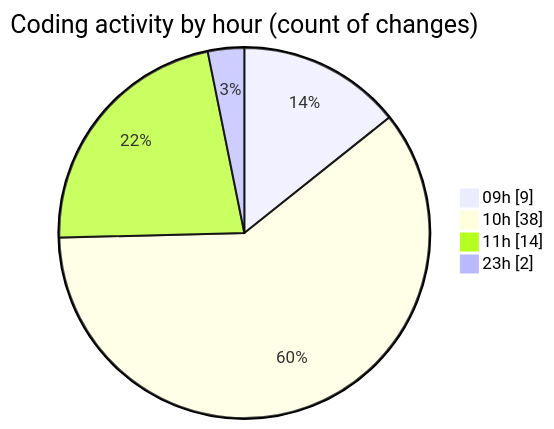
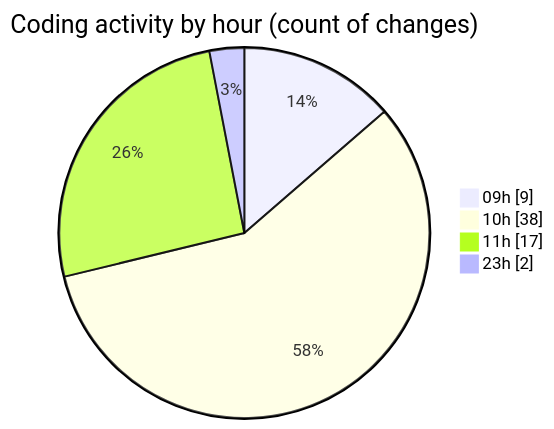
Before and after one commit to Elitesun/code-tracking: the second of 2 diagrams in 2025-05-19/niten/README.md, drawn with Mermaid. The commit also changed other lines of this file and 1 other file, not shown here.

````diff
--- a/2025-05-19/niten/README.md
+++ b/2025-05-19/niten/README.md
@@ -50,8 +50,8 @@
 ```mermaid
 pie showData
 title Coding activity by hour (count of changes)
 "09h" : 9
 "10h" : 38
-"11h" : 14
+"11h" : 17
 "23h" : 2
 ```
````
